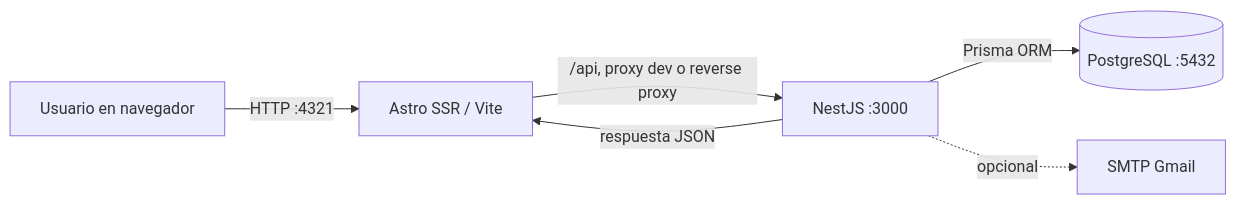
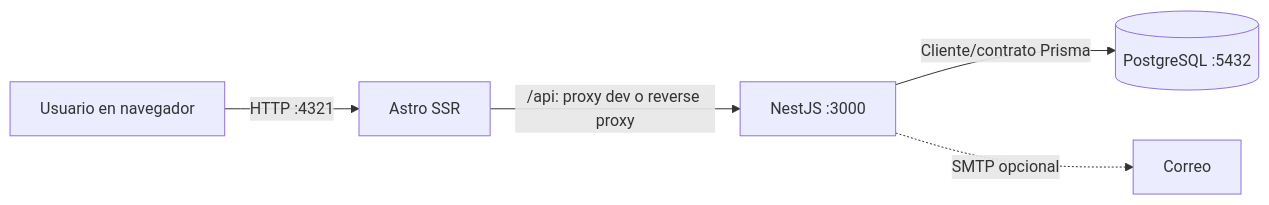
The diagram in ARCHITECTURE.md (Jannym2603/gestionincidencias-), drawn with Mermaid before and after one commit. The commit also changed other lines of this file and 2 other files, not shown here.

````diff
--- a/ARCHITECTURE.md
+++ b/ARCHITECTURE.md
@@ -11,8 +11,7 @@
 ```mermaid
 flowchart LR
-    U[Usuario en navegador] -->|HTTP :4321| W[Astro SSR / Vite]
-    W -->|/api, proxy dev o reverse proxy| A[NestJS :3000]
-    A -->|Prisma ORM| D[(PostgreSQL :5432)]
-    A -. opcional .-> S[SMTP Gmail]
-    A -->|respuesta JSON| W
+    U[Usuario en navegador] -->|HTTP :4321| W[Astro SSR]
+    W -->|/api: proxy dev o reverse proxy| A[NestJS :3000]
+    A -->|Cliente/contrato Prisma| D[(PostgreSQL :5432)]
+    A -. SMTP opcional .-> S[Correo]
 ```
````
